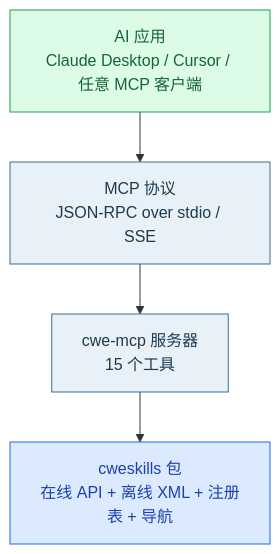
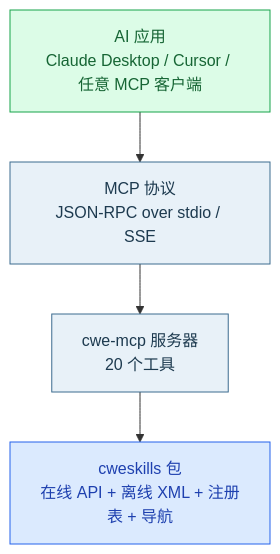
Before and after one commit to scagogogo/cwe-skills: the first of 2 diagrams in website/guide/integration-mcp.md, drawn with Mermaid. The commit also changed other lines of this file and 4 other files, not shown here.

````diff
--- a/website/guide/integration-mcp.md
+++ b/website/guide/integration-mcp.md
@@ -22,17 +22,17 @@
 ```mermaid
 flowchart TB
     CLIENT["AI 应用\nClaude Desktop / Cursor / 任意 MCP 客户端"]
     PROTO["MCP 协议\nJSON-RPC over stdio / SSE"]
-    SERVER["cwe-mcp 服务器\n15 个工具"]
+    SERVER["cwe-mcp 服务器\n20 个工具"]
     SDK["cweskills 包\n在线 API + 离线 XML + 注册表 + 导航"]
 
     CLIENT --> PROTO --> SERVER --> SDK
 
     classDef app fill:#dcfce7,stroke:#16a34a,color:#166534
     classDef core fill:#e8f1f8,stroke:#3c6c8f,color:#1d3a4f
     classDef online fill:#dbeafe,stroke:#2563eb,color:#1e40af
     classDef offline fill:#ffedd5,stroke:#ea580c,color:#9a3412
     class CLIENT app
     class PROTO,SERVER core
     class SDK online
 ```
````
